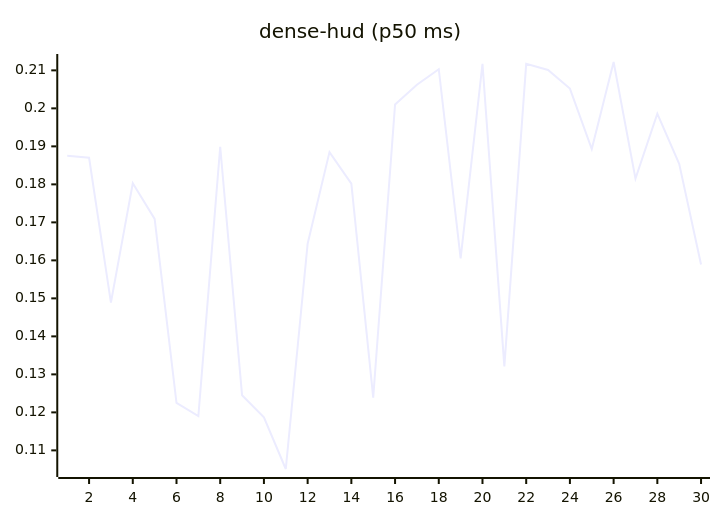
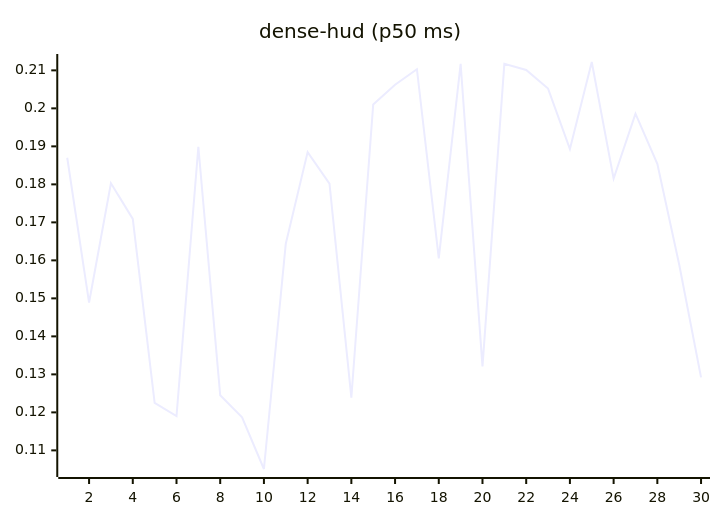
Before and after one commit to josha/Facet: the eighth of 27 diagrams in README.md, drawn with Mermaid. The commit also changed other lines of this file and 2 other files, not shown here.

````diff
--- a/README.md
+++ b/README.md
@@ -112,6 +112,6 @@
 ```mermaid
 xychart-beta
     title "dense-hud (p50 ms)"
     x-axis 1 --> 30
-    line [0.1875, 0.1870, 0.1489, 0.1803, 0.1709, 0.1225, 0.1190, 0.1899, 0.1245, 0.1187, 0.1051, 0.1644, 0.1885, 0.1802, 0.1239, 0.2010, 0.2062, 0.2103, 0.1605, 0.2117, 0.1321, 0.2117, 0.2101, 0.2052, 0.1893, 0.2122, 0.1815, 0.1986, 0.1854, 0.1589]
+    line [0.1870, 0.1489, 0.1803, 0.1709, 0.1225, 0.1190, 0.1899, 0.1245, 0.1187, 0.1051, 0.1644, 0.1885, 0.1802, 0.1239, 0.2010, 0.2062, 0.2103, 0.1605, 0.2117, 0.1321, 0.2117, 0.2101, 0.2052, 0.1893, 0.2122, 0.1815, 0.1986, 0.1854, 0.1589, 0.1292]
 ```
````
